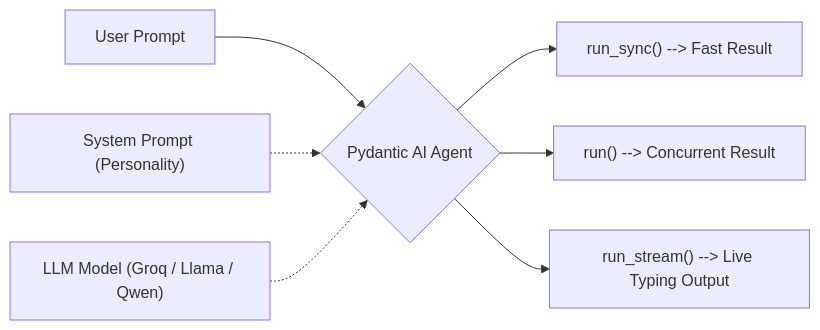
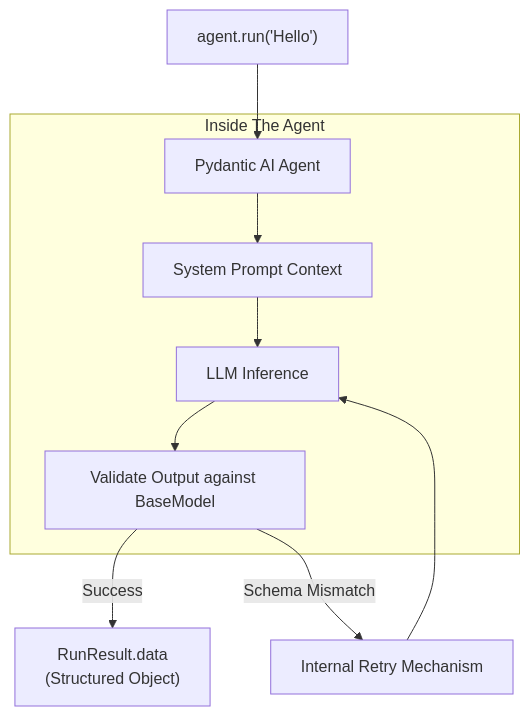
The diagram in pydantic_learning/module_2/README.md (d-hackmt/pydantic-ai-crash-course), drawn with Mermaid before and after one commit. The commit also changed other lines of this file and 19 other files, not shown here.

````diff
--- a/pydantic_learning/module_2/README.md
+++ b/pydantic_learning/module_2/README.md
@@ -9,11 +12,14 @@
 ```mermaid
-flowchart LR
-    User["User Prompt"] --> AgentConfig{"Pydantic AI Agent"}
+flowchart TD
+    RunCall["agent.run('Hello')"] --> AgentObj["Pydantic AI Agent"]
     
-    SystemPrompt["System Prompt (Personality)"] -.-> AgentConfig
-    Model["LLM Model (Groq / Llama / Qwen)"] -.-> AgentConfig
+    subgraph Inside The Agent
+    AgentObj --> SysPrompt["System Prompt Context"]
+    SysPrompt --> ModelCall["LLM Inference"]
+    ModelCall --> Validation["Validate Output against BaseModel"]
+    end
     
-    AgentConfig --> Sync["run_sync() --> Fast Result"]
-    AgentConfig --> Async["run() --> Concurrent Result"]
-    AgentConfig --> Stream["run_stream() --> Live Typing Output"]
+    Validation -->|Success| Response["RunResult.data\n(Structured Object)"]
+    Validation -->|Schema Mismatch| Retry["Internal Retry Mechanism"]
+    Retry --> ModelCall
 ```
````
